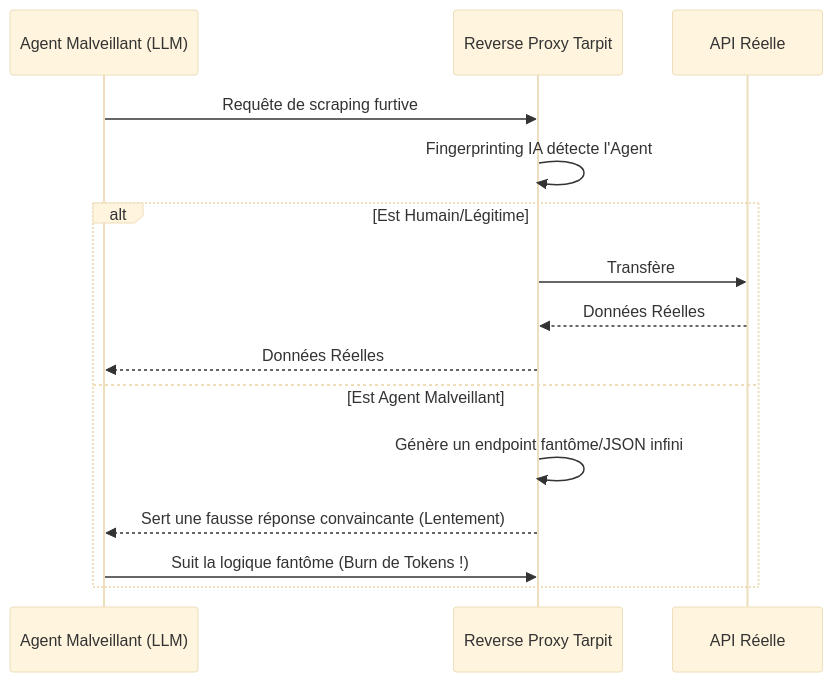
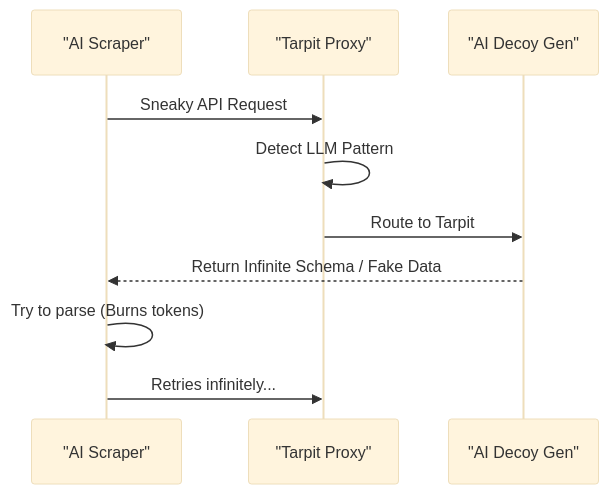
The second of 2 diagrams in ideas/agent-tarpit/README.fr.md (flouzzy/top-100-ai-startup-ideas), drawn with Mermaid (base theme) before and after one commit. The commit also changed other lines of this file and 41 other files, not shown here.

````diff
--- a/ideas/agent-tarpit/README.fr.md
+++ b/ideas/agent-tarpit/README.fr.md
@@ -41,17 +42,12 @@
 ```mermaid
 sequenceDiagram
-    participant Attacker as Agent Malveillant (LLM)
-    participant Gateway as Reverse Proxy Tarpit
-    participant Server as API Réelle
-    Attacker->>Gateway: Requête de scraping furtive
-    Gateway->>Gateway: Fingerprinting IA détecte l'Agent
-    alt Est Humain/Légitime
-        Gateway->>Server: Transfère
-        Server-->>Gateway: Données Réelles
-        Gateway-->>Attacker: Données Réelles
-    else Est Agent Malveillant
-        Gateway->>Gateway: Génère un endpoint fantôme/JSON infini
-        Gateway-->>Attacker: Sert une fausse réponse convaincante (Lentement)
-        Attacker->>Gateway: Suit la logique fantôme (Burn de Tokens !)
-    end
+    participant Bot as "AI Scraper"
+    participant WAF as "Tarpit Proxy"
+    participant Decoy as "AI Decoy Gen"
+    Bot->>WAF: Sneaky API Request
+    WAF->>WAF: Detect LLM Pattern
+    WAF->>Decoy: Route to Tarpit
+    Decoy-->>Bot: Return Infinite Schema / Fake Data
+    Bot->>Bot: Try to parse (Burns tokens)
+    Bot->>WAF: Retries infinitely...
 ```
````
